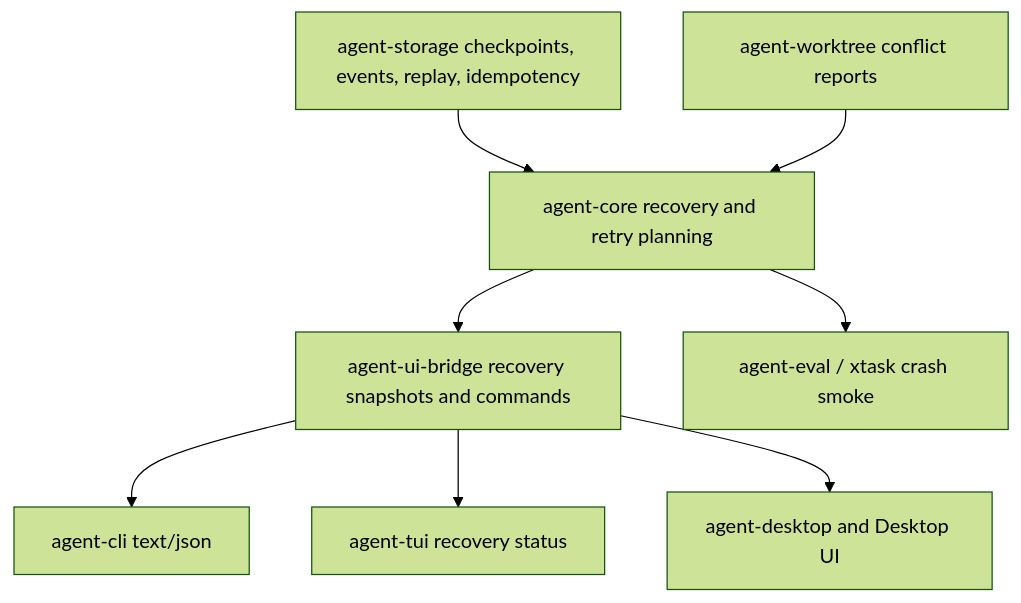
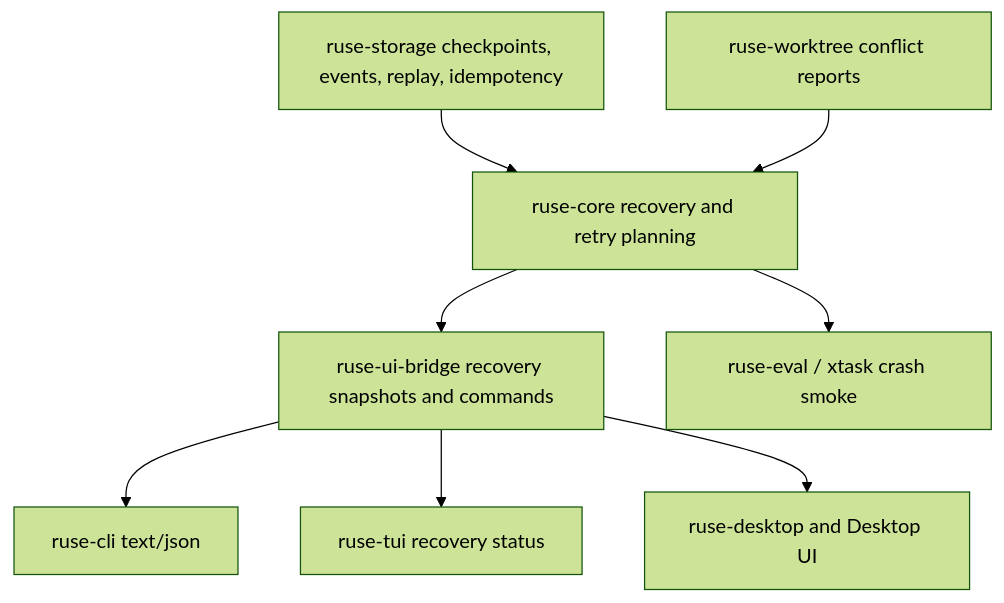
One commit to poneding/agent changed the diagram in docs/specs/M62-reliability-recovery-productization.spec.md. Above: the diagram before and after it, drawn with Mermaid (forest theme). The commit also changed other lines of this file and 2091 other files, not shown here.

First line of the commit message:
refactor: rename agent branding to ruse

````diff
--- a/docs/specs/M62-reliability-recovery-productization.spec.md
+++ b/docs/specs/M62-reliability-recovery-productization.spec.md
@@ -37,10 +37,10 @@
 ```mermaid
 flowchart TD
-  Storage["agent-storage checkpoints, events, replay, idempotency"] --> Core["agent-core recovery and retry planning"]
-  Worktree["agent-worktree conflict reports"] --> Core
-  Core --> Bridge["agent-ui-bridge recovery snapshots and commands"]
-  Bridge --> CLI["agent-cli text/json"]
-  Bridge --> TUI["agent-tui recovery status"]
-  Bridge --> Desktop["agent-desktop and Desktop UI"]
-  Core --> Eval["agent-eval / xtask crash smoke"]
+  Storage["ruse-storage checkpoints, events, replay, idempotency"] --> Core["ruse-core recovery and retry planning"]
+  Worktree["ruse-worktree conflict reports"] --> Core
+  Core --> Bridge["ruse-ui-bridge recovery snapshots and commands"]
+  Bridge --> CLI["ruse-cli text/json"]
+  Bridge --> TUI["ruse-tui recovery status"]
+  Bridge --> Desktop["ruse-desktop and Desktop UI"]
+  Core --> Eval["ruse-eval / xtask crash smoke"]
 ```
````
